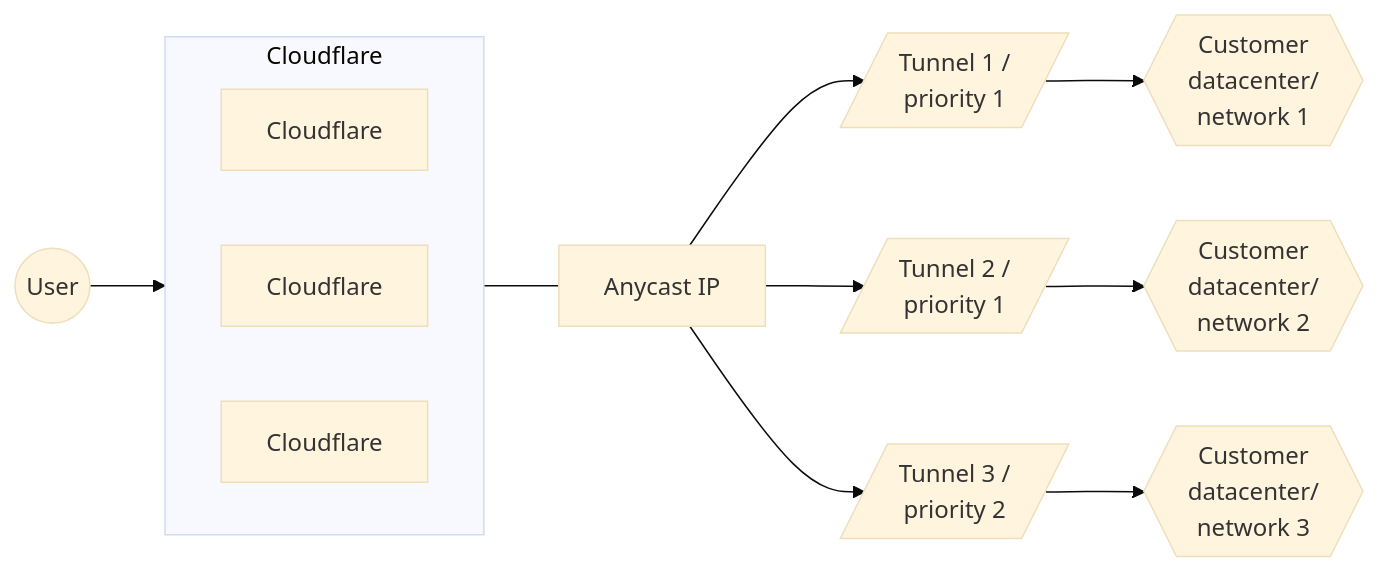
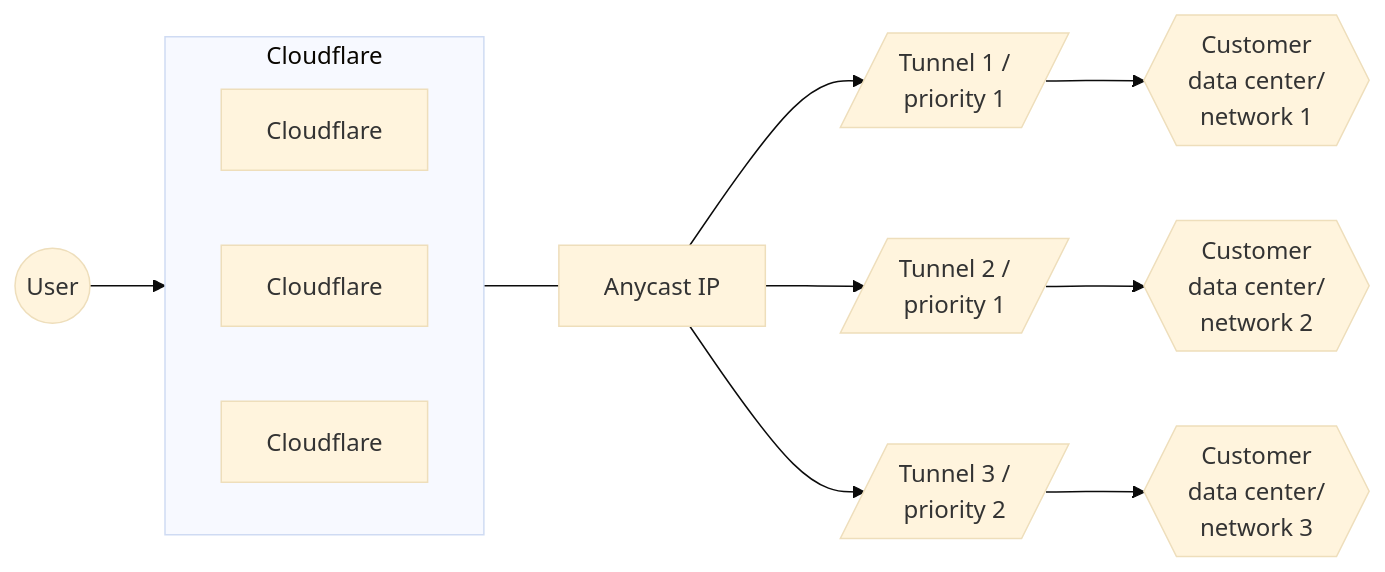
Before and after one commit to cloudflare/cloudflare-docs: the first of 4 diagrams in content/magic-transit/_partials/_traffic-steering.md, drawn with Mermaid (base theme). The commit also changed other lines of this file, not shown here.

````diff
--- a/content/magic-transit/_partials/_traffic-steering.md
+++ b/content/magic-transit/_partials/_traffic-steering.md
@@ -17,17 +17,17 @@
 ```mermaid
 flowchart LR
 accTitle: Tunnels diagram
 accDescr: The example in this diagram has three tunnel routes. Tunnels 1 and 2 have top priority and Tunnel 3 is secondary.
 
 subgraph Cloudflare
 direction LR
 B[Cloudflare]
 C[Cloudflare]
 D[Cloudflare]
 end
 
 A((User)) --> Cloudflare --- E[Anycast IP]
-E[Anycast IP] --> F[/Tunnel 1 / <br> priority 1/] --> I{{Customer <br> datacenter/ <br> network 1}}
-E[Anycast IP] --> G[/Tunnel 2 / <br> priority 1/] --> J{{Customer <br> datacenter/ <br> network 2}}
-E[Anycast IP] --> H[/Tunnel 3 / <br> priority 2/] --> K{{Customer <br> datacenter/ <br> network 3}}
+E[Anycast IP] --> F[/Tunnel 1 / <br> priority 1/] --> I{{Customer <br> data center/ <br> network 1}}
+E[Anycast IP] --> G[/Tunnel 2 / <br> priority 1/] --> J{{Customer <br> data center/ <br> network 2}}
+E[Anycast IP] --> H[/Tunnel 3 / <br> priority 2/] --> K{{Customer <br> data center/ <br> network 3}}
 ```
````
